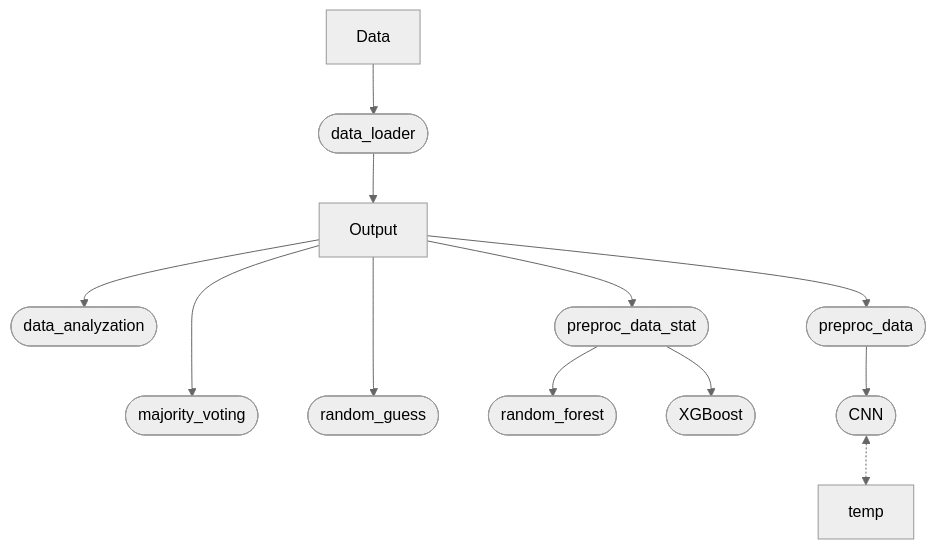
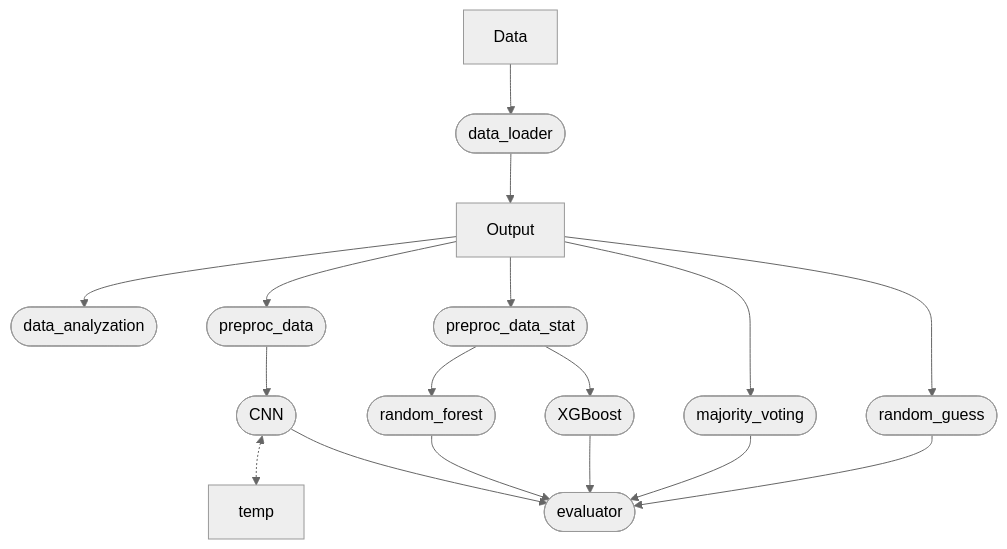
One commit to Yahnnosh/Sensor-Based-Modeling-of-Fatigue-Using-Transformer-Model changed the diagram in README.md. Above: the diagram before and after it, drawn with Mermaid (neutral theme). The commit also changed 7 other files, not shown here.

````diff
--- a/README.md
+++ b/README.md
@@ -4,16 +4,22 @@
 ```mermaid
 flowchart TD;
     Data --> id1([data_loader])
     id1([data_loader]) --> Output
     
     Output --> id3([data_analyzation])
     Output --> id2([preproc_data])
     Output --> id6([preproc_data_stat])
     Output ---> id4([majority_voting])
     Output ---> id9([random_guess])
     
     id6([preproc_data_stat]) --> id8([random_forest])
     id6([preproc_data_stat]) --> id10([XGBoost])
     id2([preproc_data]) --> id5([CNN])
     id5([CNN]) <.-> temp
+    
+    id4([majority_voting]) --> id11([evaluator])
+    id5([CNN]) --> id11([evaluator])
+    id8([random_forest]) --> id11([evaluator])
+    id10([XGBoost]) --> id11([evaluator])
+    id9([random_guess]) --> id11([evaluator])
 ```
````
